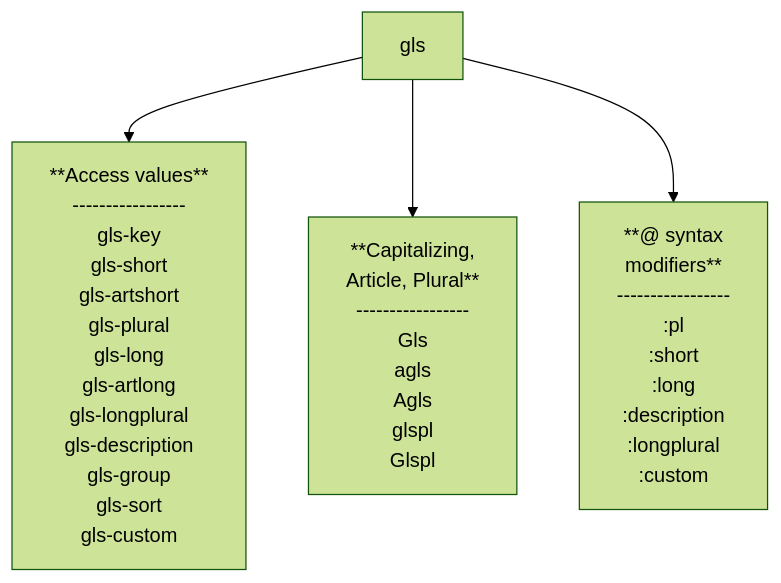
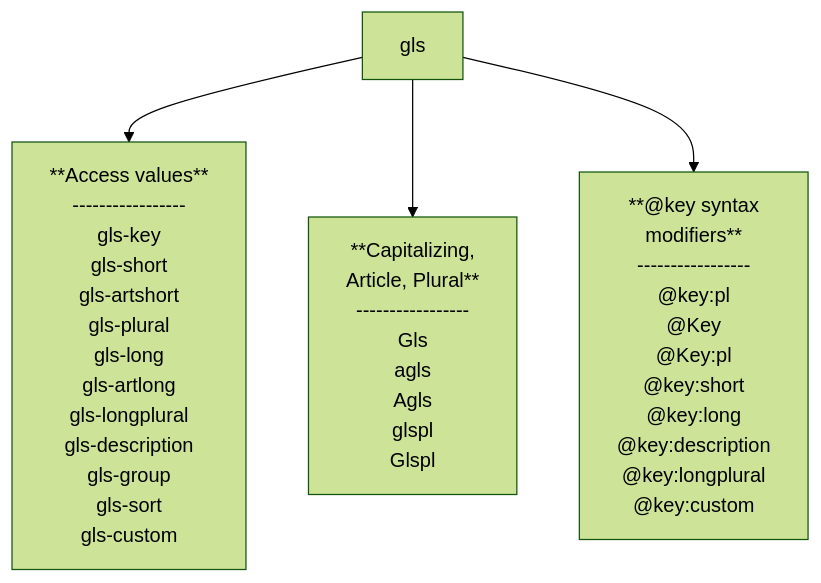
The diagram in README.md (typst-community/glossarium), drawn with Mermaid (forest theme) before and after one commit. The commit also changed other lines of this file, not shown here.

````diff
--- a/README.md
+++ b/README.md
@@ -200,11 +200,11 @@
 ```mermaid
 graph TD;
     gls;
     gls-x["**Access values**"<br>-----------------<br>gls-key<br>gls-short<br>gls-artshort<br>gls-plural<br>gls-long<br>gls-artlong<br>gls-longplural<br>gls-description<br>gls-group<br>gls-sort<br>gls-custom];
     xgls["**Capitalizing, <br>Article, Plural**"<br>-----------------<br>Gls<br>agls<br>Agls<br>glspl<br>Glspl];
-    at-syntax["**@ syntax <br> modifiers**"<br>-----------------<br>:pl<br>:short<br>:long<br>:description<br>:longplural<br>:custom];
+    at-syntax["**@key syntax <br> modifiers**"<br>-----------------<br>@key:pl<br>@Key<br>@Key:pl<br>@key:short<br>@key:long<br>@key:description<br>@key:longplural<br>@key:custom];
 
     gls --> gls-x;
     gls --> xgls;
     gls --> at-syntax;
 ```
````
